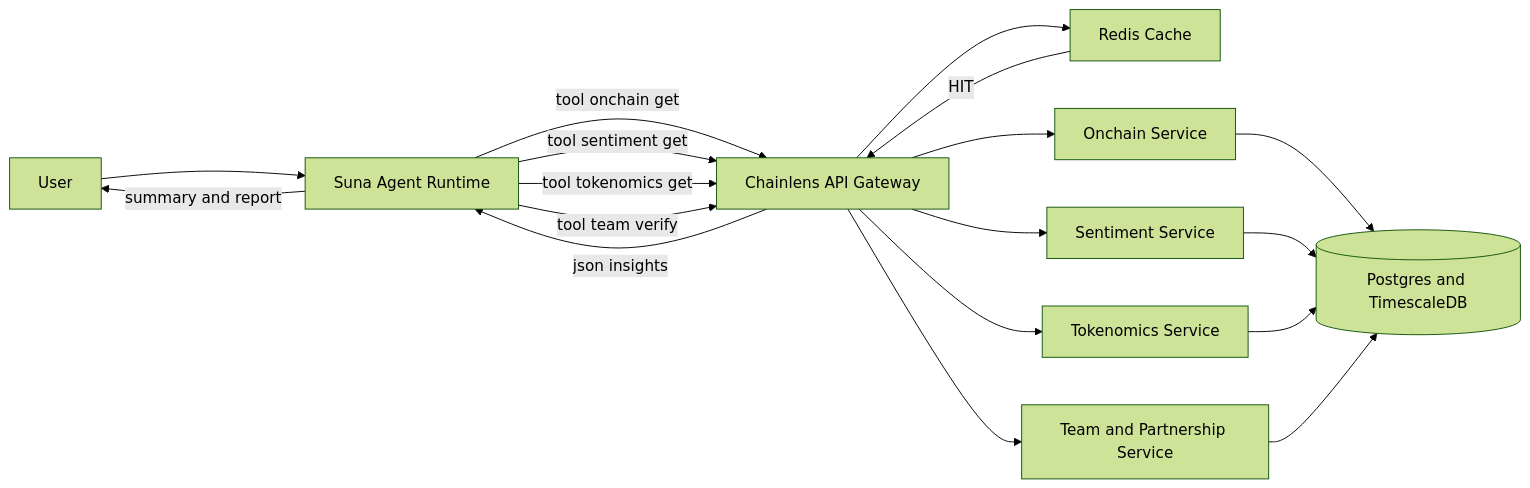
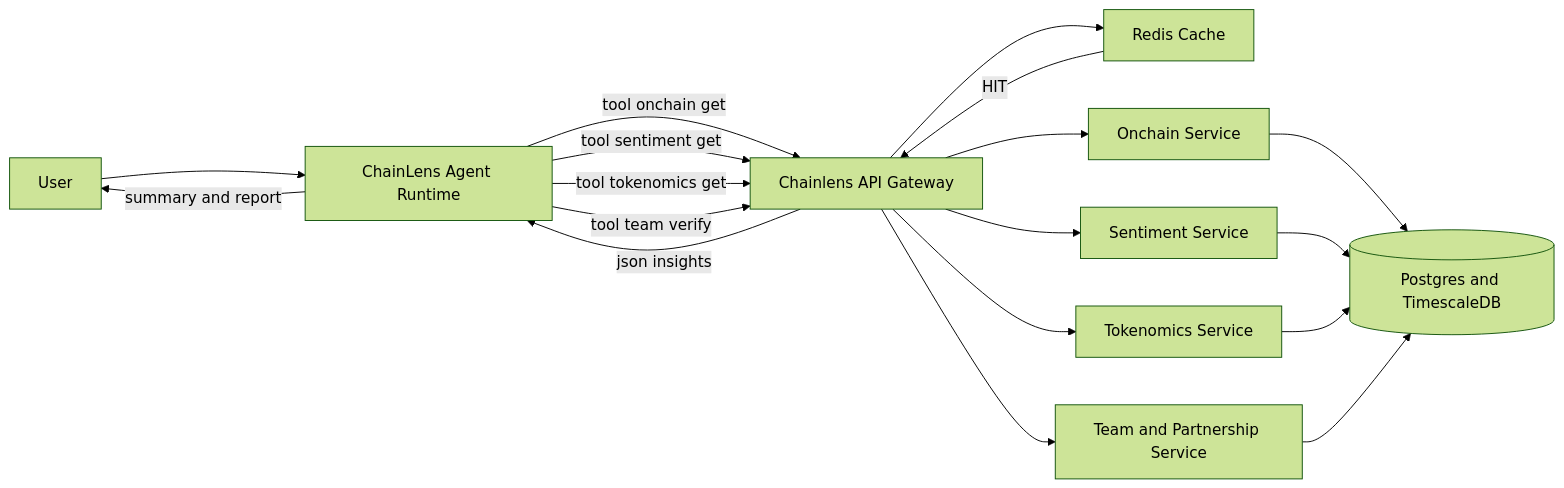
The diagram in docs/mvp/technical-mvp.md (deptrai/suna), drawn with Mermaid (forest theme) before and after one commit. The commit also changed other lines of this file and 207 other files, not shown here.

````diff
--- a/docs/mvp/technical-mvp.md
+++ b/docs/mvp/technical-mvp.md
@@ -11,26 +11,26 @@
 ```mermaid
 graph LR
-  U[User] --> S[Suna Agent Runtime]
+  U[User] --> S[ChainLens Agent Runtime]
 
   S -- "tool onchain get" --> GW[Chainlens API Gateway]
   S -- "tool sentiment get" --> GW
   S -- "tool tokenomics get" --> GW
   S -- "tool team verify" --> GW
 
   GW --> RC[Redis Cache]
   RC -- "HIT" --> GW
 
   GW --> OC[Onchain Service]
   GW --> SE[Sentiment Service]
   GW --> TO[Tokenomics Service]
   GW --> TV[Team and Partnership Service]
 
   OC --> DB[(Postgres and TimescaleDB)]
   SE --> DB
   TO --> DB
   TV --> DB
 
   GW -- "json insights" --> S
   S -- "summary and report" --> U
 
 ```
````
